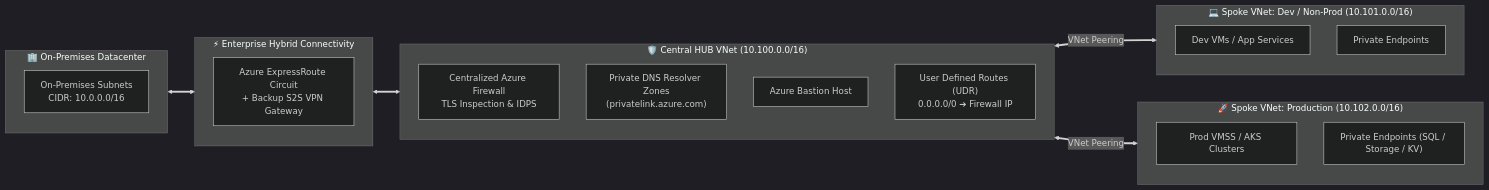
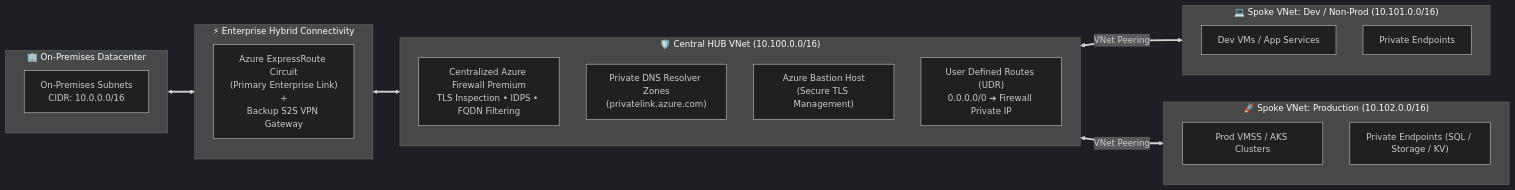
The second of 4 diagrams in README.md (aahmad39/aahmad39), drawn with Mermaid (dark theme) before and after one commit. The commit also changed other lines of this file, not shown here.

Commit message:
docs: fully expose architectural checklists, CAF frameworks, and deep domain sections with clean aesthetic layouts

````diff
--- a/README.md
+++ b/README.md
@@ -182,31 +188,31 @@
 ```mermaid
 flowchart LR
     subgraph OnPrem["🏢 On-Premises Datacenter"]
         DC_CIDR["On-Premises Subnets\nCIDR: 10.0.0.0/16"]
     end
 
     subgraph HybridTransit["⚡ Enterprise Hybrid Connectivity"]
-        ER["Azure ExpressRoute Circuit\n+ Backup S2S VPN Gateway"]
+        ER["Azure ExpressRoute Circuit\n(Primary Enterprise Link)\n+\nBackup S2S VPN Gateway"]
     end
 
     subgraph CentralHub["🛡️ Central HUB VNet (10.100.0.0/16)"]
-        FW["Centralized Azure Firewall\nTLS Inspection & IDPS"]
+        FW["Centralized Azure Firewall Premium\nTLS Inspection • IDPS • FQDN Filtering"]
         DNS["Private DNS Resolver Zones\n(privatelink.azure.com)"]
-        Bastion["Azure Bastion Host"]
-        UDR["User Defined Routes (UDR)\n0.0.0.0/0 ➔ Firewall IP"]
+        Bastion["Azure Bastion Host\n(Secure TLS Management)"]
+        UDR["User Defined Routes (UDR)\n0.0.0.0/0 ➔ Firewall Private IP"]
     end
 
     subgraph SpokeDev["💻 Spoke VNet: Dev / Non-Prod (10.101.0.0/16)"]
         DevApps["Dev VMs / App Services"]
         PEDev["Private Endpoints"]
     end
 
     subgraph SpokeProd["🚀 Spoke VNet: Production (10.102.0.0/16)"]
         ProdApps["Prod VMSS / AKS Clusters"]
         PEProd["Private Endpoints (SQL / Storage / KV)"]
     end
 
     OnPrem <==> HybridTransit <==> CentralHub
     CentralHub <== VNet Peering ==> SpokeDev
     CentralHub <== VNet Peering ==> SpokeProd
 ```
````
